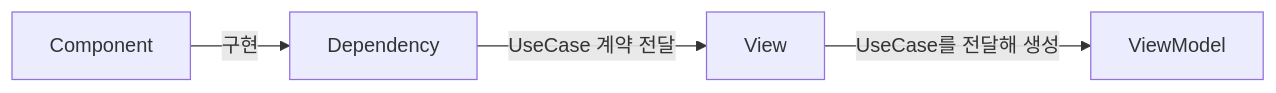
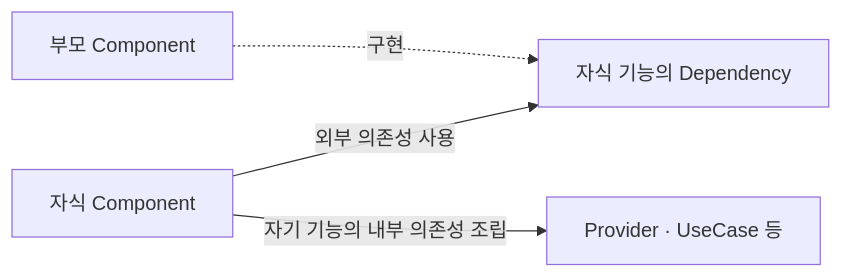
Before and after one commit to gen-com/RadioLap: the fourth of 4 diagrams in docs/ARCHITECTURE.md, drawn with Mermaid. The commit also changed other lines of this file and 8 other files, not shown here.

````diff
--- a/docs/ARCHITECTURE.md
+++ b/docs/ARCHITECTURE.md
@@ -87,6 +100,6 @@
 ```mermaid
 flowchart LR
-    Component -->|구현| Dependency
-    Dependency -->|UseCase 계약 전달| View
-    View -->|UseCase를 전달해 생성| ViewModel
+    Parent["부모 Component"] -.->|구현| Dependency["자식 기능의 Dependency"]
+    Child["자식 Component"] -->|외부 의존성 사용| Dependency
+    Child -->|자기 기능의 내부 의존성 조립| Internal["Provider · UseCase 등"]
 ```
````
